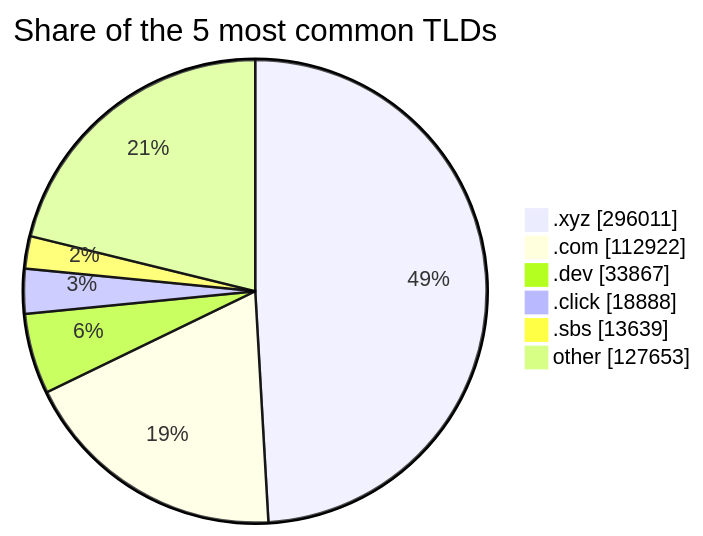
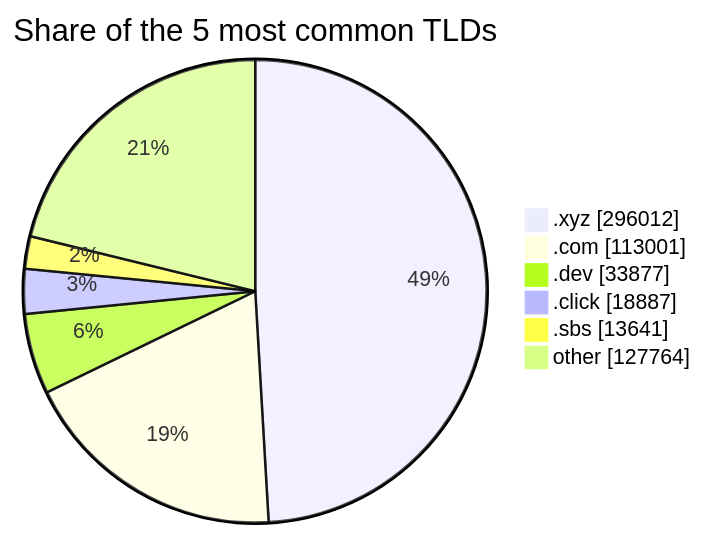
The third of 3 diagrams in README.md (DNSBunker/CTI), drawn with Mermaid before and after one commit. The commit also changed other lines of this file and 3 other files, not shown here.

````diff
--- a/README.md
+++ b/README.md
@@ -81,9 +81,9 @@
 ```mermaid
 pie showData title Share of the 5 most common TLDs
-    ".xyz" : 296011
-    ".com" : 112922
-    ".dev" : 33867
-    ".click" : 18888
-    ".sbs" : 13639
-    "other" : 127653
+    ".xyz" : 296012
+    ".com" : 113001
+    ".dev" : 33877
+    ".click" : 18887
+    ".sbs" : 13641
+    "other" : 127764
 ```
````
